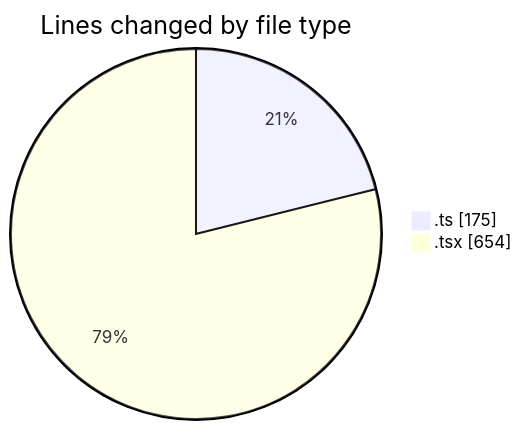
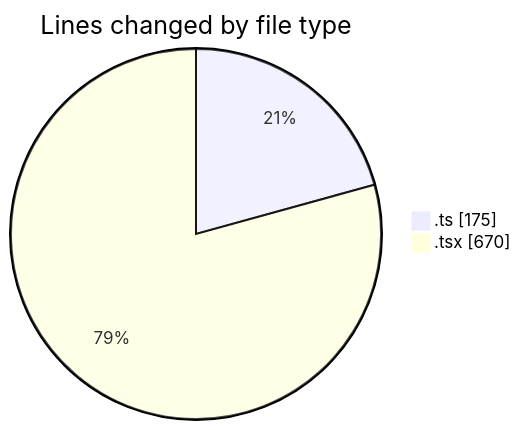
The first of 2 diagrams in 2025-12-02/cda/README.md (momahboobian/code-tracking), drawn with Mermaid before and after one commit. The commit also changed other lines of this file and 1 other file, not shown here.

````diff
--- a/2025-12-02/cda/README.md
+++ b/2025-12-02/cda/README.md
@@ -23,6 +23,6 @@
 ```mermaid
 pie showData
 title Lines changed by file type
 ".ts" : 175
-".tsx" : 654
+".tsx" : 670
 ```
````
